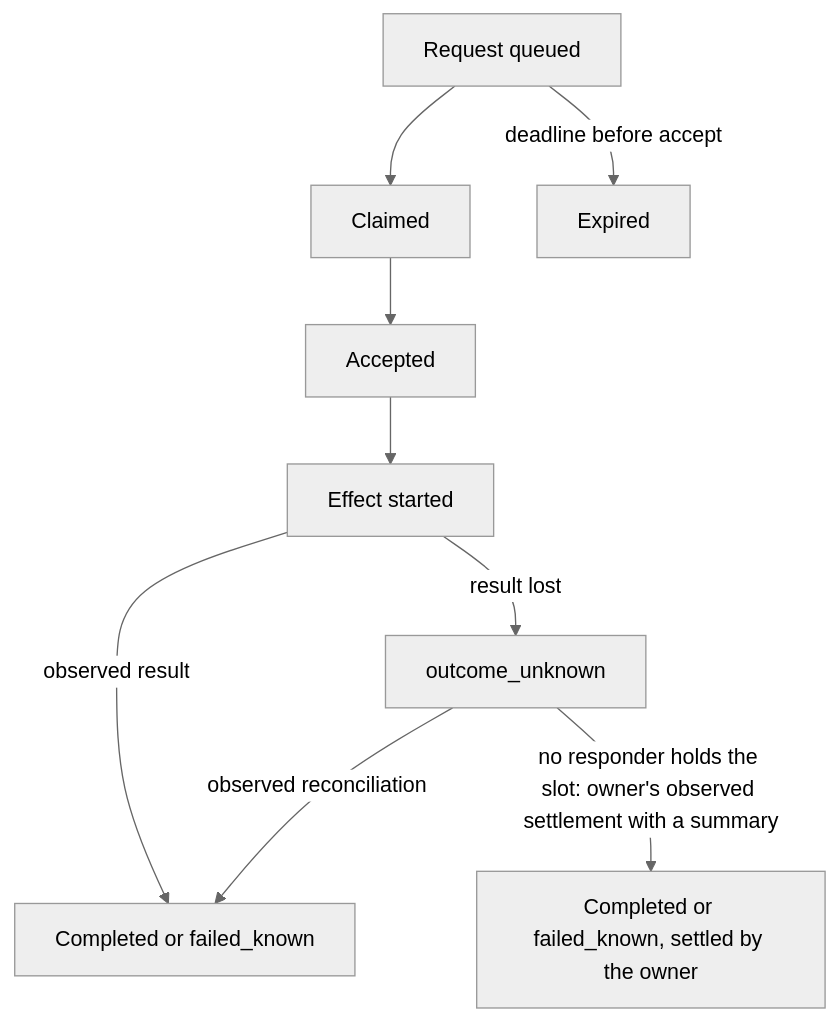
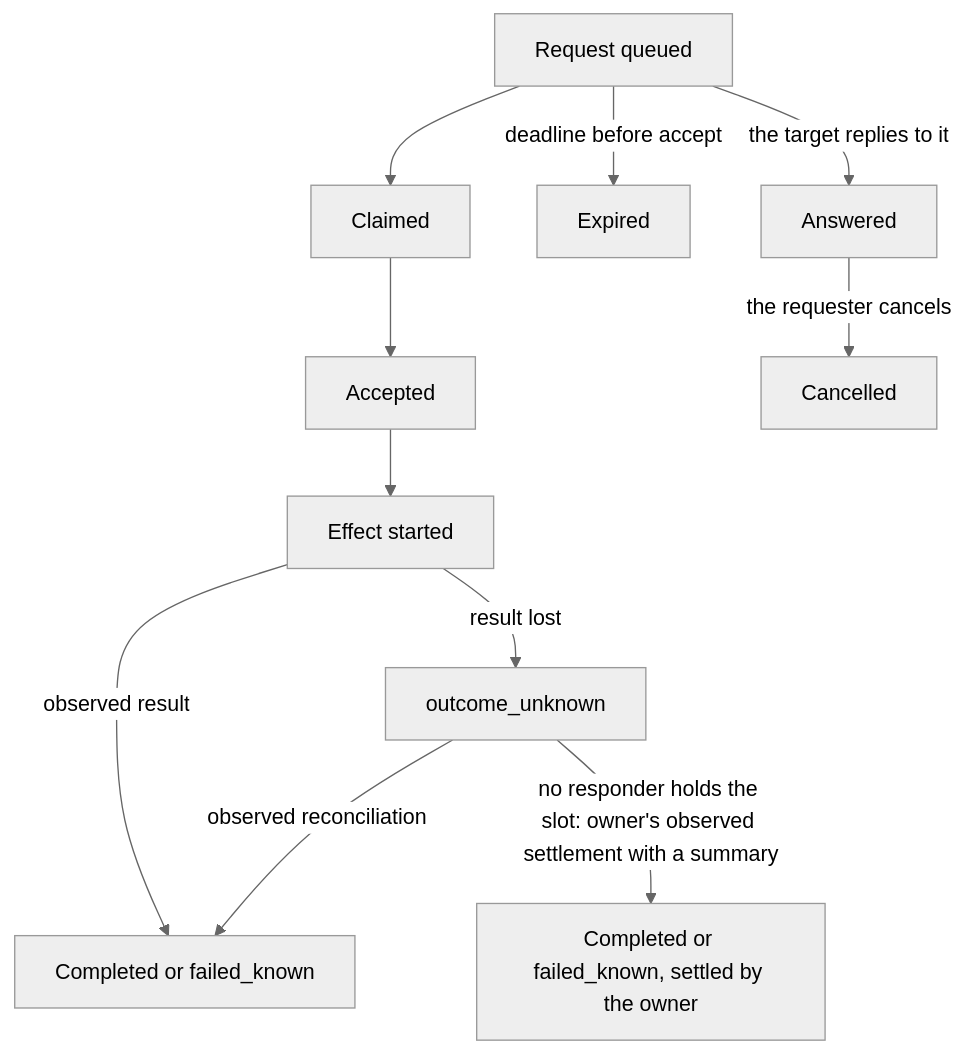
One commit to passioncode-ai/fabric-agent-contract changed diagram 16 of 21 in docs/ux/flows.md. Above: the diagram before and after it, drawn with Mermaid (neutral theme). The commit also changed other lines of this file and 41 other files, not shown here.

````diff
--- a/docs/ux/flows.md
+++ b/docs/ux/flows.md
@@ -397,11 +397,13 @@
 ```mermaid
 flowchart TD
   Q[Request queued] --> C[Claimed]
   C --> A[Accepted]
   A --> E[Effect started]
   E -->|observed result| D[Completed or failed_known]
   E -->|result lost| U[outcome_unknown]
   U -->|observed reconciliation| D
   U -->|no responder holds the slot: owner's observed settlement with a summary| O[Completed or failed_known, settled by the owner]
   Q -->|deadline before accept| X[Expired]
+  Q -->|the target replies to it| N[Answered]
+  N -->|the requester cancels| K[Cancelled]
 ```
````
